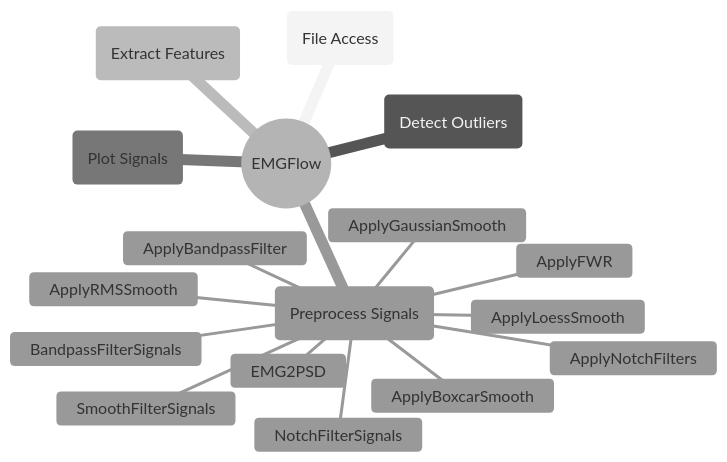
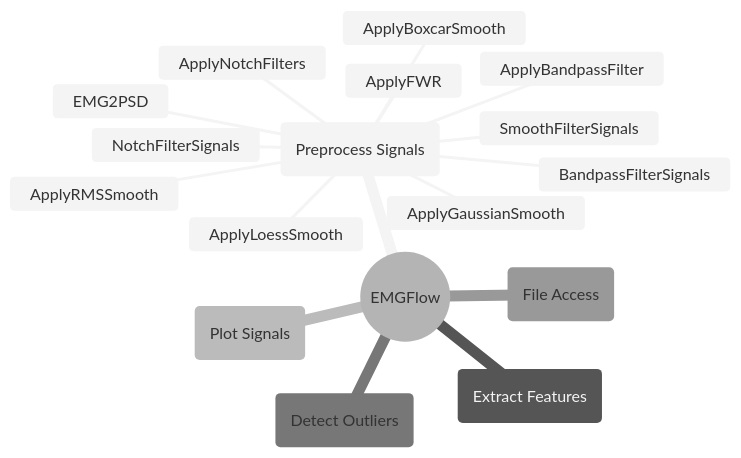
Before and after one commit to WiIIson/EMGFlow-Python-Package: the diagram in docs/reference/preprocess-signals.md, drawn with Mermaid (neutral theme). The commit also changed other lines of this file and 5 other files, not shown here.

First line of the commit message:
Reordered mindmaps

````diff
--- a/docs/reference/preprocess-signals.md
+++ b/docs/reference/preprocess-signals.md
@@ -7,20 +7,20 @@
 ```mermaid
 mindmap
     root((EMGFlow))
-        AF(File Access)
-        DO(Detect Outliers)
-        EF(Extract Features)
-        PlS(Plot Signals)
         PrS(Preprocess Signals)
             EMG2PSD
             ApplyNotchFilters
             NotchFilterSignals
             ApplyBandpassFilter
             BandpassFilterSignals
             ApplyFWR
             ApplyBoxcarSmooth
             ApplyRMSSmooth
             ApplyGaussianSmooth
             ApplyLoessSmooth
             SmoothFilterSignals
+        EF(Extract Features)
+        PlS(Plot Signals)
+        DO(Detect Outliers)
+        AF(File Access)
 ```
````
